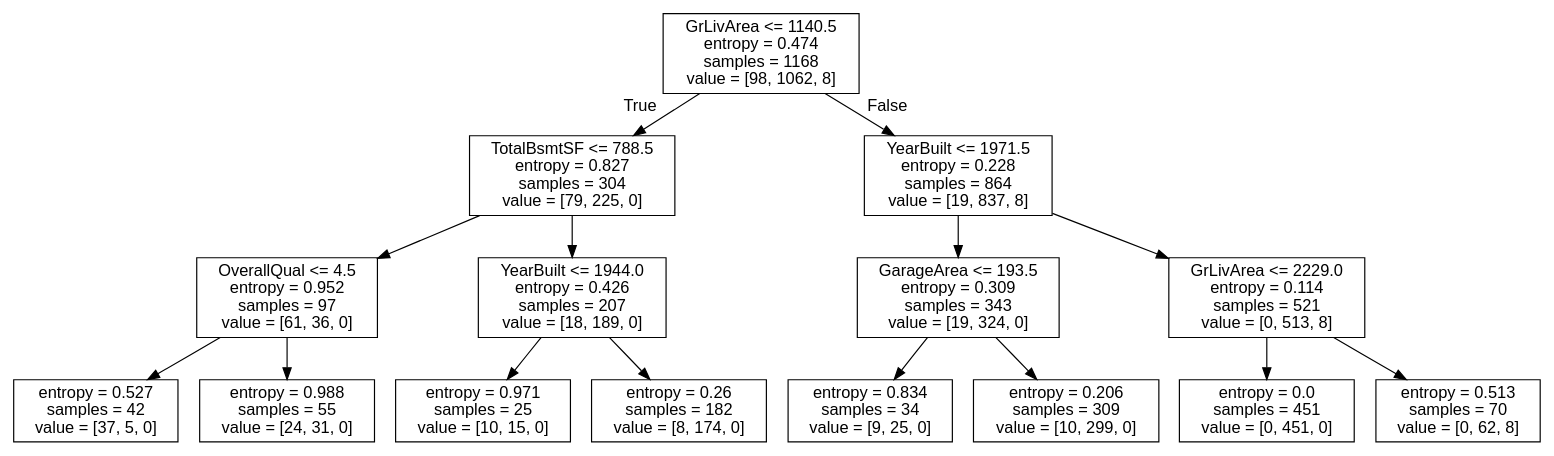
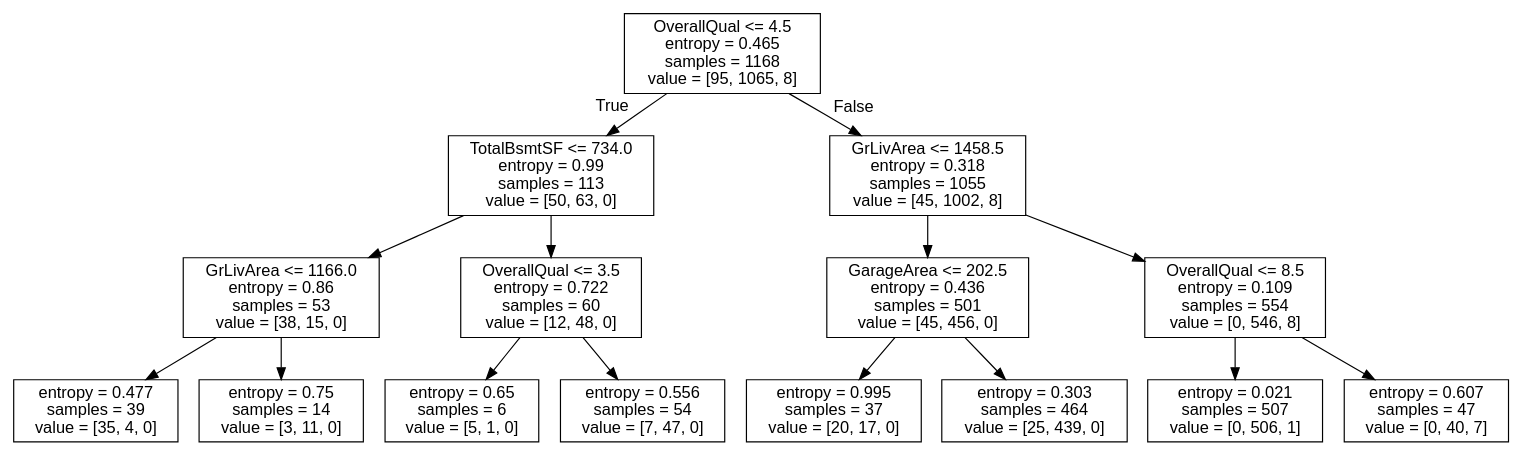
The diagram in out/dtc.dot (genomorro/unir), drawn with Graphviz before and after one commit. The commit also changed 2 other files, not shown here.

```diff
--- a/out/dtc.dot
+++ b/out/dtc.dot
@@ -1,33 +1,33 @@
 digraph Tree {
 node [shape=box, fontname="helvetica"] ;
 edge [fontname="helvetica"] ;
-0 [label="GrLivArea <= 1140.5\nentropy = 0.474\nsamples = 1168\nvalue = [98, 1062, 8]"] ;
-1 [label="TotalBsmtSF <= 788.5\nentropy = 0.827\nsamples = 304\nvalue = [79, 225, 0]"] ;
+0 [label="OverallQual <= 4.5\nentropy = 0.465\nsamples = 1168\nvalue = [95, 1065, 8]"] ;
+1 [label="TotalBsmtSF <= 734.0\nentropy = 0.99\nsamples = 113\nvalue = [50, 63, 0]"] ;
 0 -> 1 [labeldistance=2.5, labelangle=45, headlabel="True"] ;
-2 [label="OverallQual <= 4.5\nentropy = 0.952\nsamples = 97\nvalue = [61, 36, 0]"] ;
+2 [label="GrLivArea <= 1166.0\nentropy = 0.86\nsamples = 53\nvalue = [38, 15, 0]"] ;
 1 -> 2 ;
-3 [label="entropy = 0.527\nsamples = 42\nvalue = [37, 5, 0]"] ;
+3 [label="entropy = 0.477\nsamples = 39\nvalue = [35, 4, 0]"] ;
 2 -> 3 ;
-4 [label="entropy = 0.988\nsamples = 55\nvalue = [24, 31, 0]"] ;
+4 [label="entropy = 0.75\nsamples = 14\nvalue = [3, 11, 0]"] ;
 2 -> 4 ;
-5 [label="YearBuilt <= 1944.0\nentropy = 0.426\nsamples = 207\nvalue = [18, 189, 0]"] ;
+5 [label="OverallQual <= 3.5\nentropy = 0.722\nsamples = 60\nvalue = [12, 48, 0]"] ;
 1 -> 5 ;
-6 [label="entropy = 0.971\nsamples = 25\nvalue = [10, 15, 0]"] ;
+6 [label="entropy = 0.65\nsamples = 6\nvalue = [5, 1, 0]"] ;
 5 -> 6 ;
-7 [label="entropy = 0.26\nsamples = 182\nvalue = [8, 174, 0]"] ;
+7 [label="entropy = 0.556\nsamples = 54\nvalue = [7, 47, 0]"] ;
 5 -> 7 ;
-8 [label="YearBuilt <= 1971.5\nentropy = 0.228\nsamples = 864\nvalue = [19, 837, 8]"] ;
+8 [label="GrLivArea <= 1458.5\nentropy = 0.318\nsamples = 1055\nvalue = [45, 1002, 8]"] ;
 0 -> 8 [labeldistance=2.5, labelangle=-45, headlabel="False"] ;
-9 [label="GarageArea <= 193.5\nentropy = 0.309\nsamples = 343\nvalue = [19, 324, 0]"] ;
+9 [label="GarageArea <= 202.5\nentropy = 0.436\nsamples = 501\nvalue = [45, 456, 0]"] ;
 8 -> 9 ;
-10 [label="entropy = 0.834\nsamples = 34\nvalue = [9, 25, 0]"] ;
+10 [label="entropy = 0.995\nsamples = 37\nvalue = [20, 17, 0]"] ;
 9 -> 10 ;
-11 [label="entropy = 0.206\nsamples = 309\nvalue = [10, 299, 0]"] ;
+11 [label="entropy = 0.303\nsamples = 464\nvalue = [25, 439, 0]"] ;
 9 -> 11 ;
-12 [label="GrLivArea <= 2229.0\nentropy = 0.114\nsamples = 521\nvalue = [0, 513, 8]"] ;
+12 [label="OverallQual <= 8.5\nentropy = 0.109\nsamples = 554\nvalue = [0, 546, 8]"] ;
 8 -> 12 ;
-13 [label="entropy = 0.0\nsamples = 451\nvalue = [0, 451, 0]"] ;
+13 [label="entropy = 0.021\nsamples = 507\nvalue = [0, 506, 1]"] ;
 12 -> 13 ;
-14 [label="entropy = 0.513\nsamples = 70\nvalue = [0, 62, 8]"] ;
+14 [label="entropy = 0.607\nsamples = 47\nvalue = [0, 40, 7]"] ;
 12 -> 14 ;
 }
```
